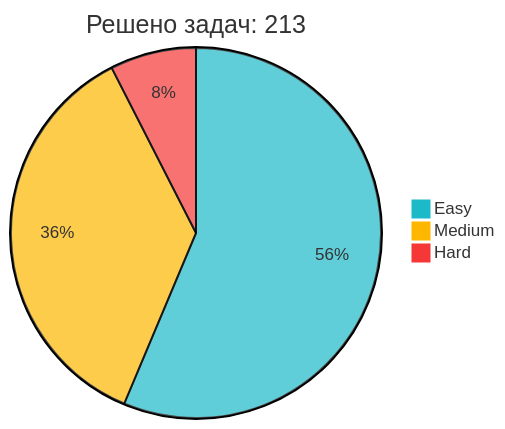
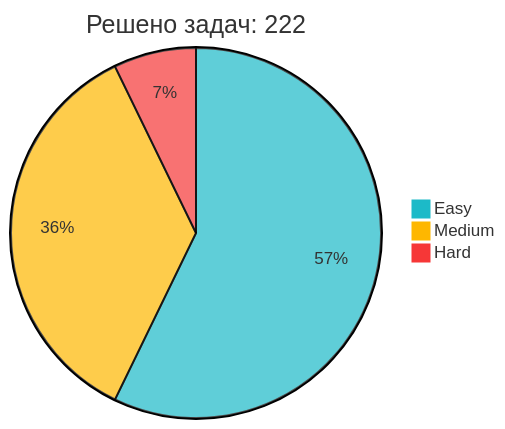
One commit to IliaKurdukov/IliaKurdukov changed the diagram in README.md. Above: the diagram before and after it, drawn with Mermaid. The commit also changed other lines of this file, not shown here.

Commit message:
📈 Обновление статистики LeetCode

````diff
--- a/README.md
+++ b/README.md
@@ -51,7 +51,7 @@
 ```mermaid
 %%{init: {'theme': 'base', 'themeVariables': { 'pie1': '#1CBAC8', 'pie2': '#FEB700', 'pie3': '#F63737' }, 'config': {'width': 300, 'height': 200}}}%%
-pie title Решено задач: 213
-   "Easy" : 120
-   "Medium" : 77
+pie title Решено задач: 222
+   "Easy" : 127
+   "Medium" : 79
    "Hard" : 16
 ```
````
